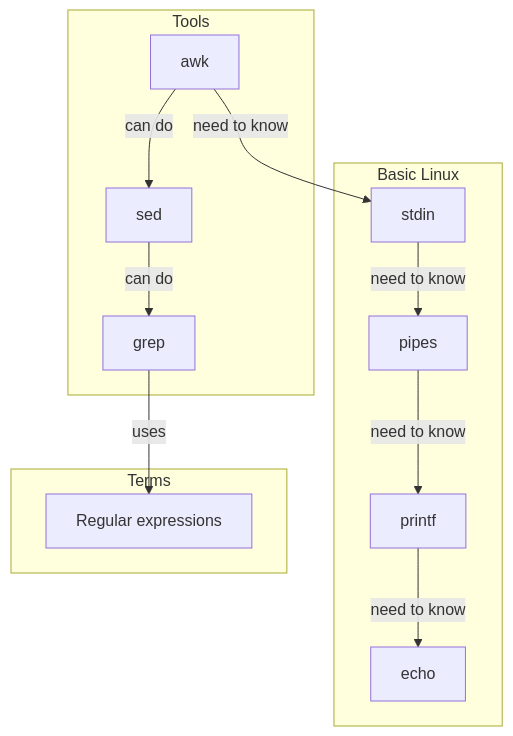
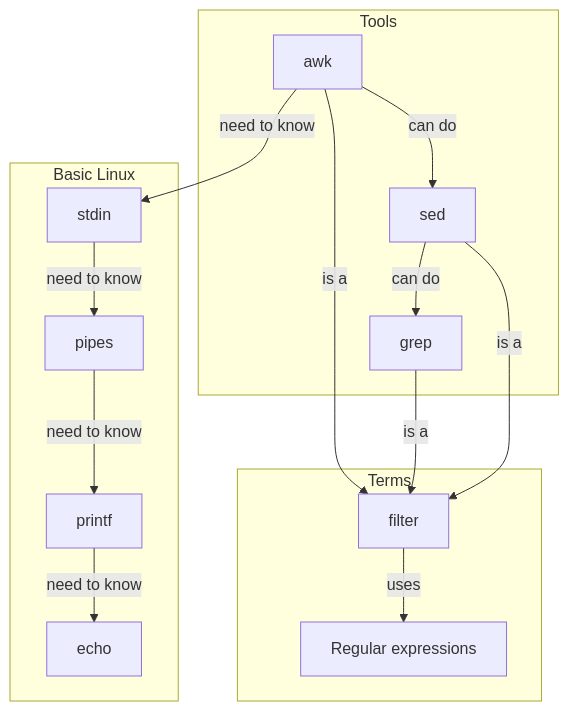
One commit to richelbilderbeek/awk_course changed the diagram in docs/morning_session/overview.md. Above: the diagram before and after it, drawn with Mermaid.

Commit message:
Clearer structure of topics

````diff
--- a/docs/morning_session/overview.md
+++ b/docs/morning_session/overview.md
@@ -30,32 +30,37 @@
 ```mermaid
 flowchart TD
 
   subgraph tools[Tools]
     awk
     sed
     grep
   end
   subgraph basic_linux[Basic Linux]
     pipes
     echo
     printf
     stdin
   end
   subgraph terms[Terms]
     regex[Regular expressions]
+    filter
   end
 
   %% Tools
   awk --> |can do| sed 
   sed --> |can do| grep
-  grep --> |uses| regex
+  %% grep --> |uses| regex
 
   %% Basic Linux
   stdin --> |need to know| pipes
   printf --> |need to know| echo
   pipes --> |need to know| printf
   awk --> |need to know| stdin
 
   %% Terms
   %% awk --> |need to know| regex
+  awk --> |is a| filter
+  grep --> |is a| filter
+  sed --> |is a| filter
+  filter --> |uses| regex
 ```
````
